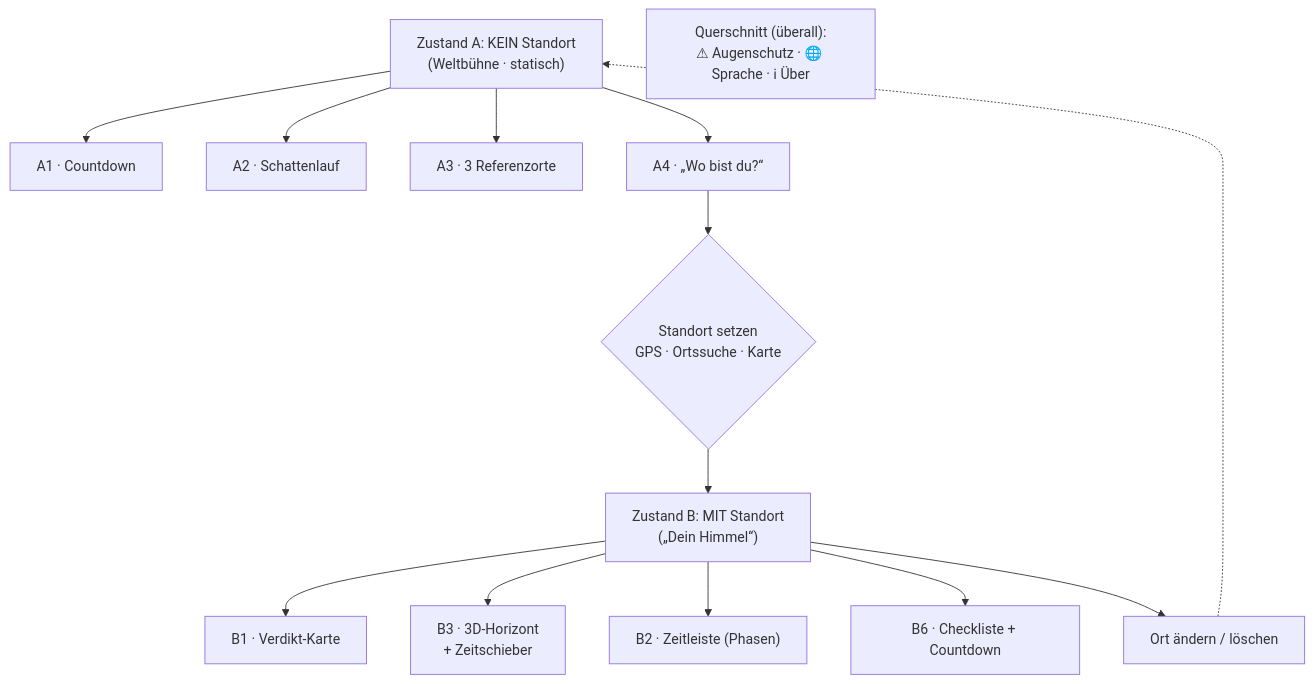
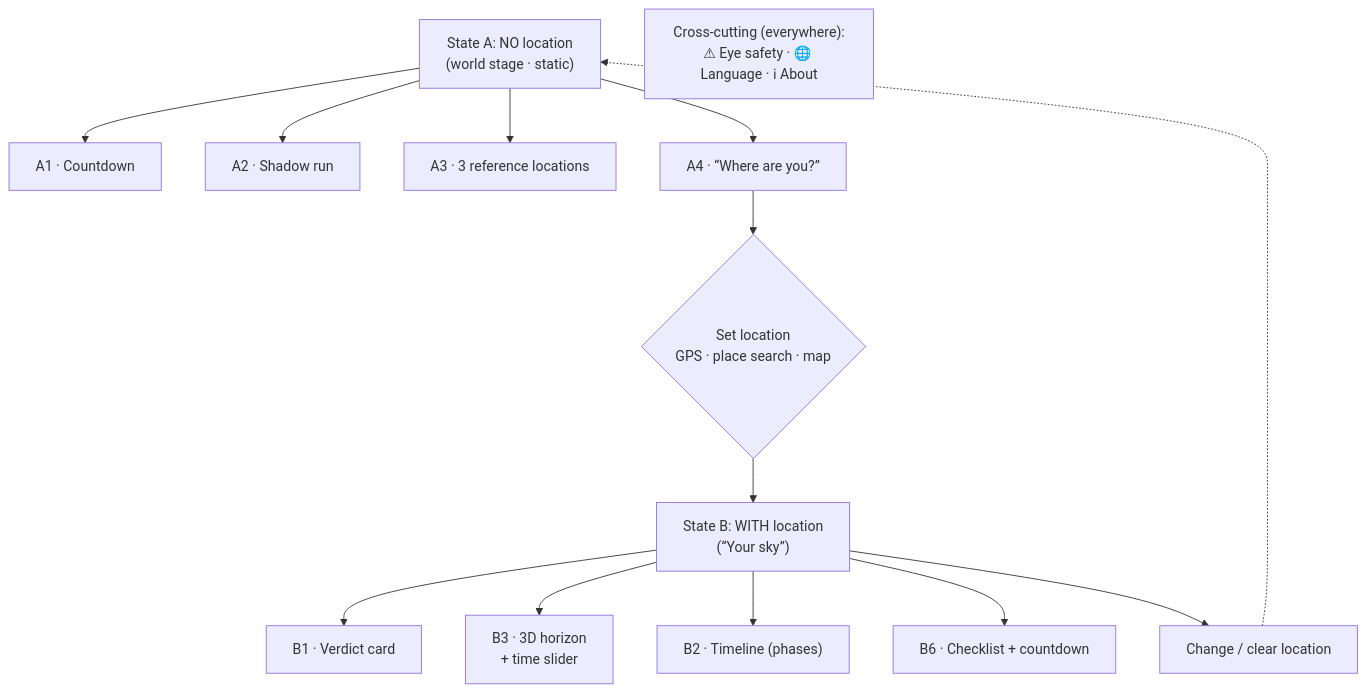
Before and after one commit to datajournal-org/eclipse-2026: the diagram in docs/WIREFRAMES.md, drawn with Mermaid. The commit also changed other lines of this file and 6 other files, not shown here.

````diff
--- a/docs/WIREFRAMES.md
+++ b/docs/WIREFRAMES.md
@@ -15,20 +15,20 @@
 ```mermaid
 flowchart TD
-    A["Zustand A: KEIN Standort<br/>(Weltbühne · statisch)"]
+    A["State A: NO location<br/>(world stage · static)"]
     A --> A1["A1 · Countdown"]
-    A --> A2["A2 · Schattenlauf"]
-    A --> A3["A3 · 3 Referenzorte"]
-    A --> A4["A4 · „Wo bist du?“"]
+    A --> A2["A2 · Shadow run"]
+    A --> A3["A3 · 3 reference locations"]
+    A --> A4["A4 · “Where are you?”"]
 
-    A4 --> SET{"Standort setzen<br/>GPS · Ortssuche · Karte"}
-    SET --> B["Zustand B: MIT Standort<br/>(„Dein Himmel“)"]
+    A4 --> SET{"Set location<br/>GPS · place search · map"}
+    SET --> B["State B: WITH location<br/>(“Your sky”)"]
 
-    B --> B1["B1 · Verdikt-Karte"]
-    B --> B3["B3 · 3D-Horizont<br/>+ Zeitschieber"]
-    B --> B2["B2 · Zeitleiste (Phasen)"]
-    B --> B6["B6 · Checkliste + Countdown"]
-    B --> CH["Ort ändern / löschen"]
+    B --> B1["B1 · Verdict card"]
+    B --> B3["B3 · 3D horizon<br/>+ time slider"]
+    B --> B2["B2 · Timeline (phases)"]
+    B --> B6["B6 · Checklist + countdown"]
+    B --> CH["Change / clear location"]
     CH -.-> A
 
-    X["Querschnitt (überall):<br/>⚠ Augenschutz · 🌐 Sprache · ℹ Über"]
+    X["Cross-cutting (everywhere):<br/>⚠ Eye safety · 🌐 Language · ℹ About"]
 ```
````
